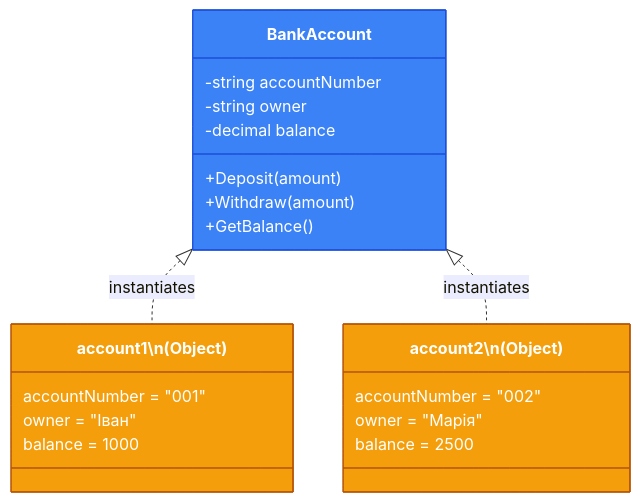
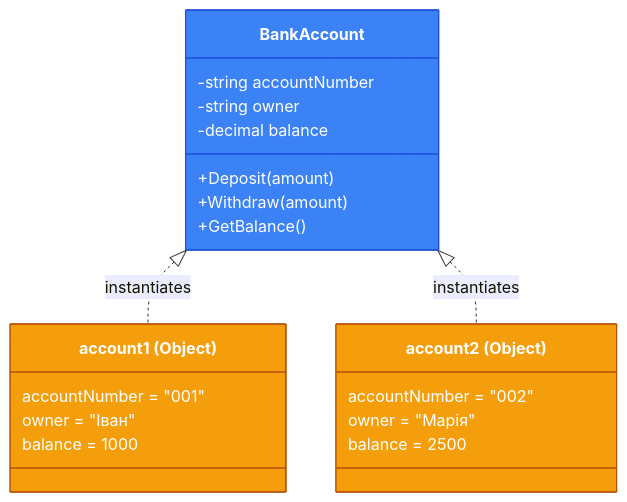
One commit to arakviel/kostyl.dev changed the first of 3 diagrams in content/1.csharp/2.oop/2.classes-objects.md. Above: the diagram before and after it, drawn with Mermaid. The commit also changed other lines of this file and 4 other files, not shown here.

````diff
--- a/content/1.csharp/2.oop/2.classes-objects.md
+++ b/content/1.csharp/2.oop/2.classes-objects.md
@@ -57,30 +57,30 @@
 ```mermaid
 classDiagram
     class BankAccount {
         -string accountNumber
         -string owner
         -decimal balance
         +Deposit(amount)
         +Withdraw(amount)
         +GetBalance()
     }
 
     BankAccount <|.. Object1 : instantiates
     BankAccount <|.. Object2 : instantiates
 
-    class Object1["account1\n(Object)"] {
+    class Object1["account1 (Object)"] {
         accountNumber = "001"
         owner = "Іван"
         balance = 1000
     }
 
-    class Object2["account2\n(Object)"] {
+    class Object2["account2 (Object)"] {
         accountNumber = "002"
         owner = "Марія"
         balance = 2500
     }
 
     style BankAccount fill:#3b82f6,stroke:#1d4ed8,color:#ffffff
     style Object1 fill:#f59e0b,stroke:#b45309,color:#ffffff
     style Object2 fill:#f59e0b,stroke:#b45309,color:#ffffff
 ```
````
